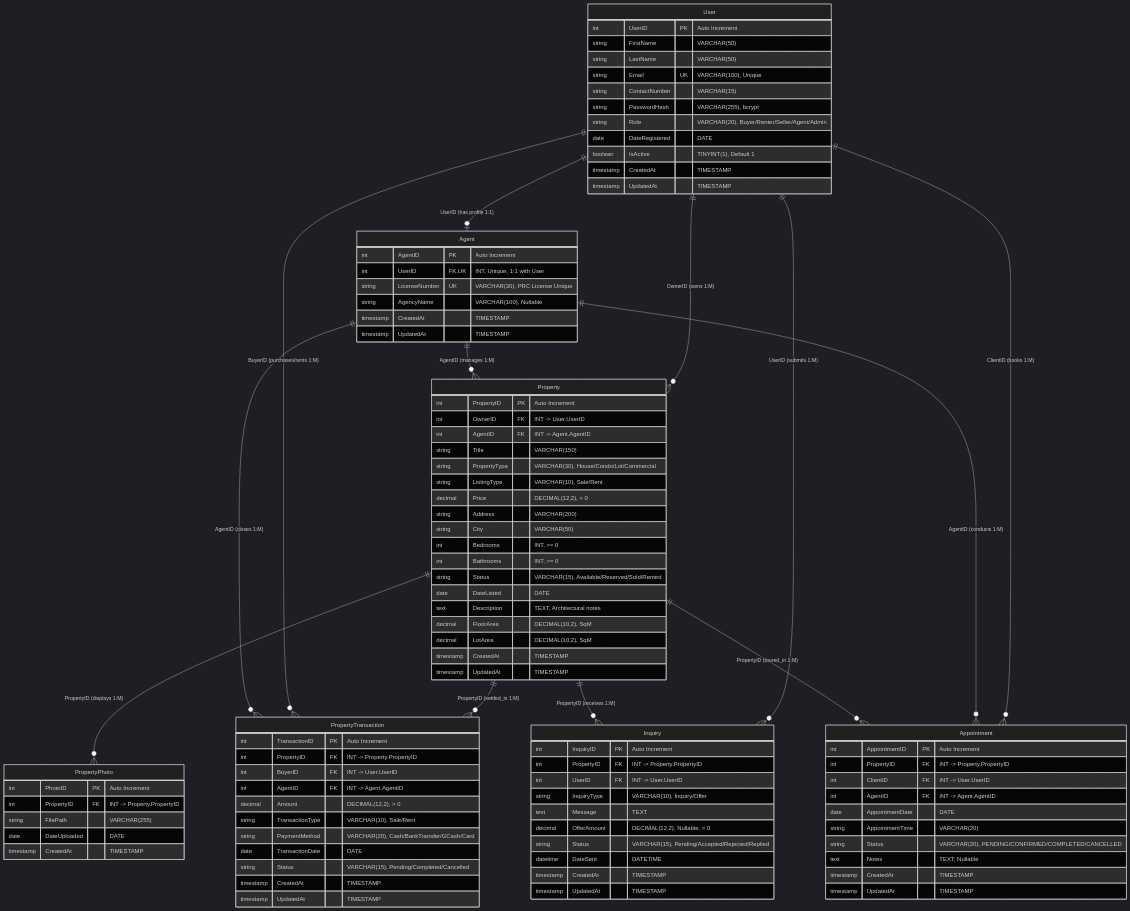
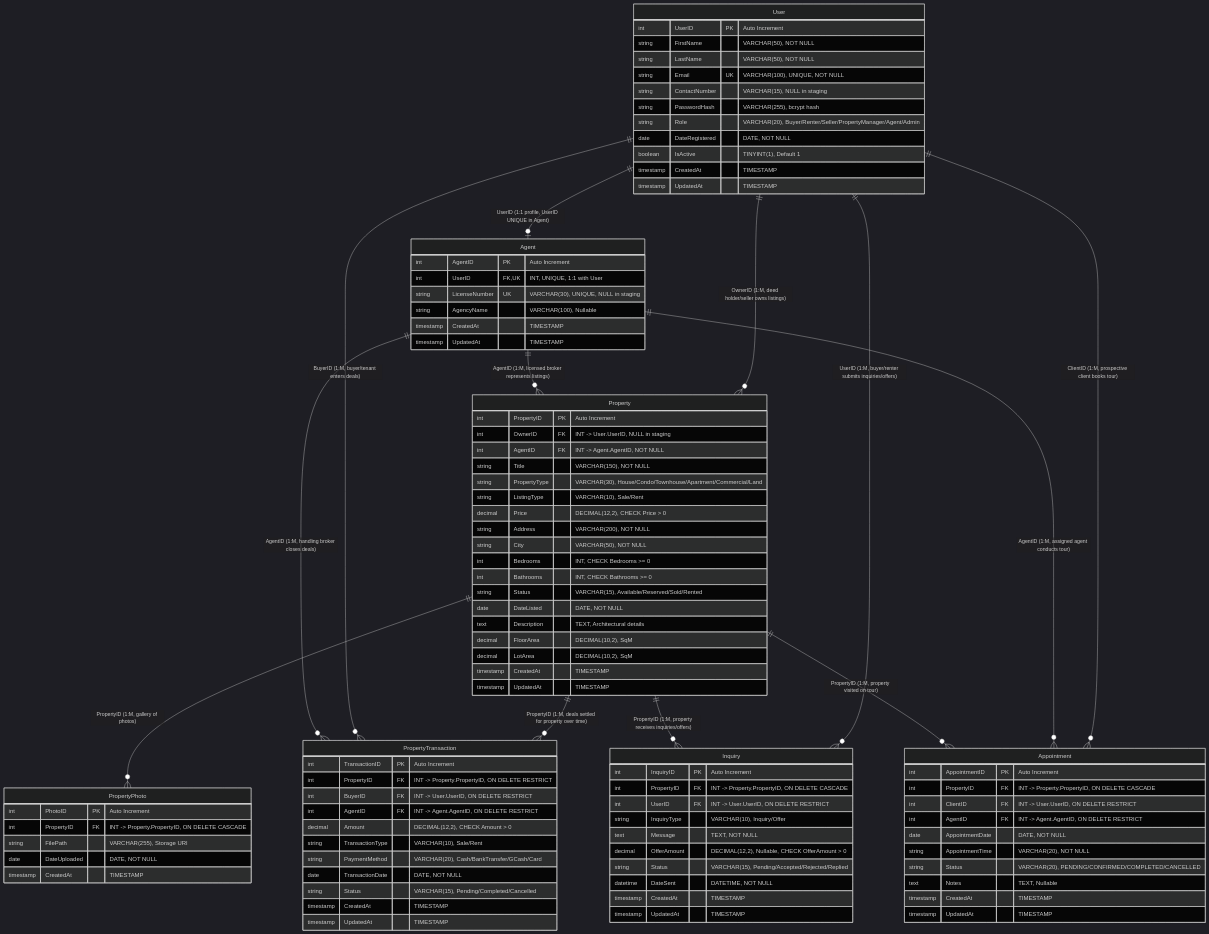
The diagram in documentation/ESTATECORE_ERD.md (Zett4u/EstateCore), drawn with Mermaid (dark theme) before and after one commit. The commit also changed other lines of this file and 4 other files, not shown here.

Commit message:
docs(audit): correct architecture documents removing all invented data, fixing AgentID mapping, and aligning RBAC with estatecire.pdf

````diff
--- a/documentation/ESTATECORE_ERD.md
+++ b/documentation/ESTATECORE_ERD.md
@@ -10,27 +10,27 @@
 ```mermaid
 erDiagram
-    User ||--o| Agent : "UserID (has profile 1:1)"
-    User ||--o{ Property : "OwnerID (owns 1:M)"
-    Agent ||--o{ Property : "AgentID (manages 1:M)"
-    Property ||--o{ PropertyPhoto : "PropertyID (displays 1:M)"
-    User ||--o{ Inquiry : "UserID (submits 1:M)"
-    Property ||--o{ Inquiry : "PropertyID (receives 1:M)"
-    Property ||--o{ PropertyTransaction : "PropertyID (settled_in 1:M)"
-    User ||--o{ PropertyTransaction : "BuyerID (purchases/rents 1:M)"
-    Agent ||--o{ PropertyTransaction : "AgentID (closes 1:M)"
-    User ||--o{ Appointment : "ClientID (books 1:M)"
-    Agent ||--o{ Appointment : "AgentID (conducts 1:M)"
-    Property ||--o{ Appointment : "PropertyID (toured_in 1:M)"
+    User ||--o| Agent : "UserID (1:1 profile, UserID UNIQUE in Agent)"
+    User ||--o{ Property : "OwnerID (1:M, deed holder/seller owns listings)"
+    Agent ||--o{ Property : "AgentID (1:M, licensed broker represents listings)"
+    Property ||--o{ PropertyPhoto : "PropertyID (1:M, gallery of photos)"
+    User ||--o{ Inquiry : "UserID (1:M, buyer/renter submits inquiries/offers)"
+    Property ||--o{ Inquiry : "PropertyID (1:M, property receives inquiries/offers)"
+    Property ||--o{ PropertyTransaction : "PropertyID (1:M, deals settled for property over time)"
+    User ||--o{ PropertyTransaction : "BuyerID (1:M, buyer/tenant enters deals)"
+    Agent ||--o{ PropertyTransaction : "AgentID (1:M, handling broker closes deals)"
+    User ||--o{ Appointment : "ClientID (1:M, prospective client books tour)"
+    Agent ||--o{ Appointment : "AgentID (1:M, assigned agent conducts tour)"
+    Property ||--o{ Appointment : "PropertyID (1:M, property visited on tour)"
 
     User {
         int UserID PK "Auto Increment"
-        string FirstName "VARCHAR(50)"
-        string LastName "VARCHAR(50)"
-        string Email UK "VARCHAR(100), Unique"
-        string ContactNumber "VARCHAR(15)"
-        string PasswordHash "VARCHAR(255), bcrypt"
-        string Role "VARCHAR(20), Buyer/Renter/Seller/Agent/Admin"
-        date DateRegistered "DATE"
+        string FirstName "VARCHAR(50), NOT NULL"
+        string LastName "VARCHAR(50), NOT NULL"
+        string Email UK "VARCHAR(100), UNIQUE, NOT NULL"
+        string ContactNumber "VARCHAR(15), NULL in staging"
+        string PasswordHash "VARCHAR(255), bcrypt hash"
+        string Role "VARCHAR(20), Buyer/Renter/Seller/PropertyManager/Agent/Admin"
+        date DateRegistered "DATE, NOT NULL"
         boolean IsActive "TINYINT(1), Default 1"
         timestamp CreatedAt "TIMESTAMP"
         timestamp UpdatedAt "TIMESTAMP"
@@ -38,8 +38,8 @@
 
     Agent {
         int AgentID PK "Auto Increment"
-        int UserID FK,UK "INT, Unique, 1:1 with User"
-        string LicenseNumber UK "VARCHAR(30), PRC License Unique"
+        int UserID FK,UK "INT, UNIQUE, 1:1 with User"
+        string LicenseNumber UK "VARCHAR(30), UNIQUE, NULL in staging"
         string AgencyName "VARCHAR(100), Nullable"
         timestamp CreatedAt "TIMESTAMP"
         timestamp UpdatedAt "TIMESTAMP"
@@ -47,19 +47,19 @@
 
     Property {
         int PropertyID PK "Auto Increment"
-        int OwnerID FK "INT -> User.UserID"
-        int AgentID FK "INT -> Agent.AgentID"
-        string Title "VARCHAR(150)"
-        string PropertyType "VARCHAR(30), House/Condo/Lot/Commercial"
+        int OwnerID FK "INT -> User.UserID, NULL in staging"
+        int AgentID FK "INT -> Agent.AgentID, NOT NULL"
+        string Title "VARCHAR(150), NOT NULL"
+        string PropertyType "VARCHAR(30), House/Condo/Townhouse/Apartment/Commercial/Land"
         string ListingType "VARCHAR(10), Sale/Rent"
-        decimal Price "DECIMAL(12,2), > 0"
-        string Address "VARCHAR(200)"
-        string City "VARCHAR(50)"
-        int Bedrooms "INT, >= 0"
-        int Bathrooms "INT, >= 0"
+        decimal Price "DECIMAL(12,2), CHECK Price > 0"
+        string Address "VARCHAR(200), NOT NULL"
+        string City "VARCHAR(50), NOT NULL"
+        int Bedrooms "INT, CHECK Bedrooms >= 0"
+        int Bathrooms "INT, CHECK Bathrooms >= 0"
         string Status "VARCHAR(15), Available/Reserved/Sold/Rented"
-        date DateListed "DATE"
-        text Description "TEXT, Architectural notes"
+        date DateListed "DATE, NOT NULL"
+        text Description "TEXT, Architectural details"
         decimal FloorArea "DECIMAL(10,2), SqM"
         decimal LotArea "DECIMAL(10,2), SqM"
         timestamp CreatedAt "TIMESTAMP"
@@ -68,34 +68,34 @@
 
     PropertyPhoto {
         int PhotoID PK "Auto Increment"
-        int PropertyID FK "INT -> Property.PropertyID"
-        string FilePath "VARCHAR(255)"
-        date DateUploaded "DATE"
+        int PropertyID FK "INT -> Property.PropertyID, ON DELETE CASCADE"
+        string FilePath "VARCHAR(255), Storage URI"
+        date DateUploaded "DATE, NOT NULL"
         timestamp CreatedAt "TIMESTAMP"
     }
 
     Inquiry {
         int InquiryID PK "Auto Increment"
-        int PropertyID FK "INT -> Property.PropertyID"
-        int UserID FK "INT -> User.UserID"
+        int PropertyID FK "INT -> Property.PropertyID, ON DELETE CASCADE"
+        int UserID FK "INT -> User.UserID, ON DELETE RESTRICT"
         string InquiryType "VARCHAR(10), Inquiry/Offer"
-        text Message "TEXT"
-        decimal OfferAmount "DECIMAL(12,2), Nullable, > 0"
+        text Message "TEXT, NOT NULL"
+        decimal OfferAmount "DECIMAL(12,2), Nullable, CHECK OfferAmount > 0"
         string Status "VARCHAR(15), Pending/Accepted/Rejected/Replied"
-        datetime DateSent "DATETIME"
+        datetime DateSent "DATETIME, NOT NULL"
         timestamp CreatedAt "TIMESTAMP"
         timestamp UpdatedAt "TIMESTAMP"
     }
 
     PropertyTransaction {
         int TransactionID PK "Auto Increment"
-        int PropertyID FK "INT -> Property.PropertyID"
-        int BuyerID FK "INT -> User.UserID"
-        int AgentID FK "INT -> Agent.AgentID"
-        decimal Amount "DECIMAL(12,2), > 0"
+        int PropertyID FK "INT -> Property.PropertyID, ON DELETE RESTRICT"
+        int BuyerID FK "INT -> User.UserID, ON DELETE RESTRICT"
+        int AgentID FK "INT -> Agent.AgentID, ON DELETE RESTRICT"
+        decimal Amount "DECIMAL(12,2), CHECK Amount > 0"
         string TransactionType "VARCHAR(10), Sale/Rent"
         string PaymentMethod "VARCHAR(20), Cash/BankTransfer/GCash/Card"
-        date TransactionDate "DATE"
+        date TransactionDate "DATE, NOT NULL"
         string Status "VARCHAR(15), Pending/Completed/Cancelled"
         timestamp CreatedAt "TIMESTAMP"
         timestamp UpdatedAt "TIMESTAMP"
@@ -103,11 +103,11 @@
 
     Appointment {
         int AppointmentID PK "Auto Increment"
-        int PropertyID FK "INT -> Property.PropertyID"
-        int ClientID FK "INT -> User.UserID"
-        int AgentID FK "INT -> Agent.AgentID"
-        date AppointmentDate "DATE"
-        string AppointmentTime "VARCHAR(20)"
+        int PropertyID FK "INT -> Property.PropertyID, ON DELETE CASCADE"
+        int ClientID FK "INT -> User.UserID, ON DELETE RESTRICT"
+        int AgentID FK "INT -> Agent.AgentID, ON DELETE RESTRICT"
+        date AppointmentDate "DATE, NOT NULL"
+        string AppointmentTime "VARCHAR(20), NOT NULL"
         string Status "VARCHAR(20), PENDING/CONFIRMED/COMPLETED/CANCELLED"
         text Notes "TEXT, Nullable"
         timestamp CreatedAt "TIMESTAMP"
````
